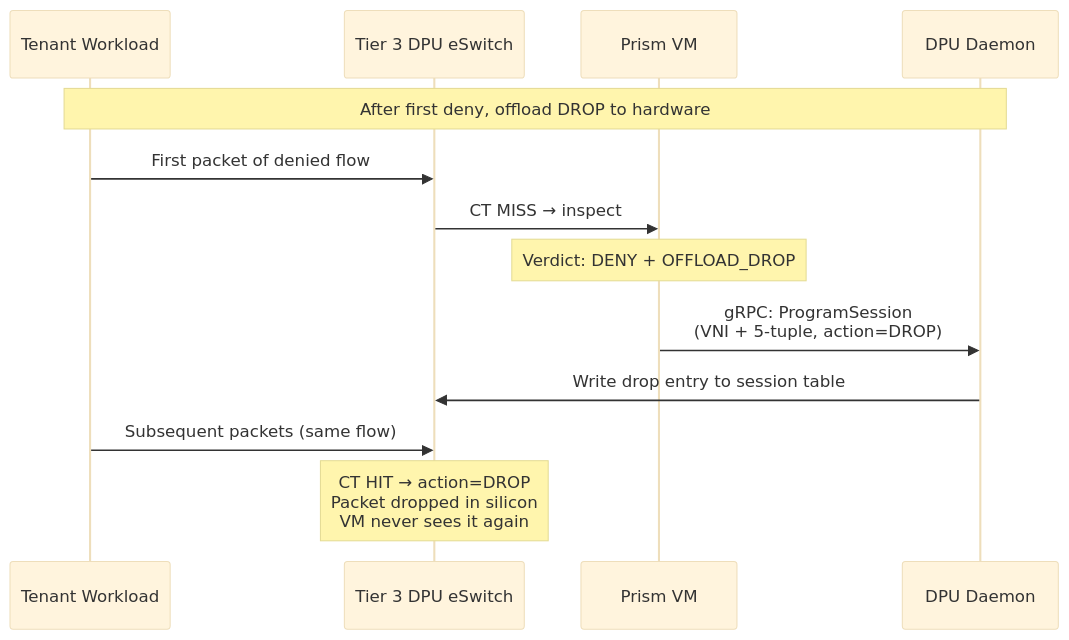
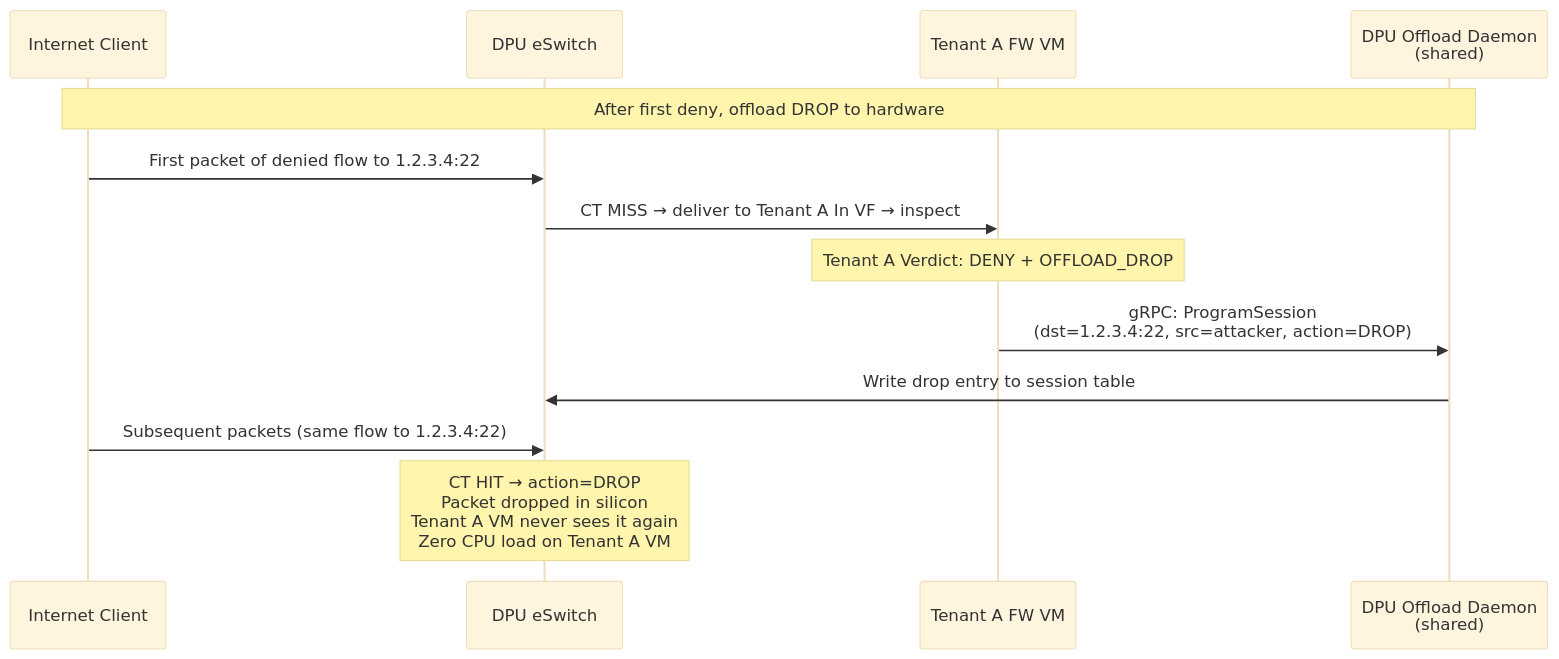
The fifth of 11 diagrams in docs/ARCHITECTURE.md (mara-baysn/technicolor-haze-prism), drawn with Mermaid (base theme) before and after one commit. The commit also changed other lines of this file, not shown here.

First line of the commit message:
docs: rewrite ARCHITECTURE.md — all sections now per-tenant VM model

````diff
--- a/docs/ARCHITECTURE.md
+++ b/docs/ARCHITECTURE.md
@@ -244,18 +276,18 @@
 ```mermaid
 sequenceDiagram
-    participant TW as Tenant Workload
-    participant T3ESW as Tier 3 DPU eSwitch
-    participant VM as Prism VM
-    participant DAEMON as DPU Daemon
+    participant INT as Internet Client
+    participant ESW as DPU eSwitch
+    participant VM as Tenant A FW VM
+    participant DAEMON as DPU Offload Daemon<br/>(shared)
 
-    Note over TW,DAEMON: After first deny, offload DROP to hardware
+    Note over INT,DAEMON: After first deny, offload DROP to hardware
 
-    TW->>T3ESW: First packet of denied flow
-    T3ESW->>VM: CT MISS → inspect
-    Note over VM: Verdict: DENY + OFFLOAD_DROP
-    VM->>DAEMON: gRPC: ProgramSession<br/>(VNI + 5-tuple, action=DROP)
-    DAEMON->>T3ESW: Write drop entry to session table
+    INT->>ESW: First packet of denied flow to 1.2.3.4:22
+    ESW->>VM: CT MISS → deliver to Tenant A In VF → inspect
+    Note over VM: Tenant A Verdict: DENY + OFFLOAD_DROP
+    VM->>DAEMON: gRPC: ProgramSession<br/>(dst=1.2.3.4:22, src=attacker, action=DROP)
+    DAEMON->>ESW: Write drop entry to session table
 
-    TW->>T3ESW: Subsequent packets (same flow)
-    Note over T3ESW: CT HIT → action=DROP<br/>Packet dropped in silicon<br/>VM never sees it again
+    INT->>ESW: Subsequent packets (same flow to 1.2.3.4:22)
+    Note over ESW: CT HIT → action=DROP<br/>Packet dropped in silicon<br/>Tenant A VM never sees it again<br/>Zero CPU load on Tenant A VM
 ```
````
